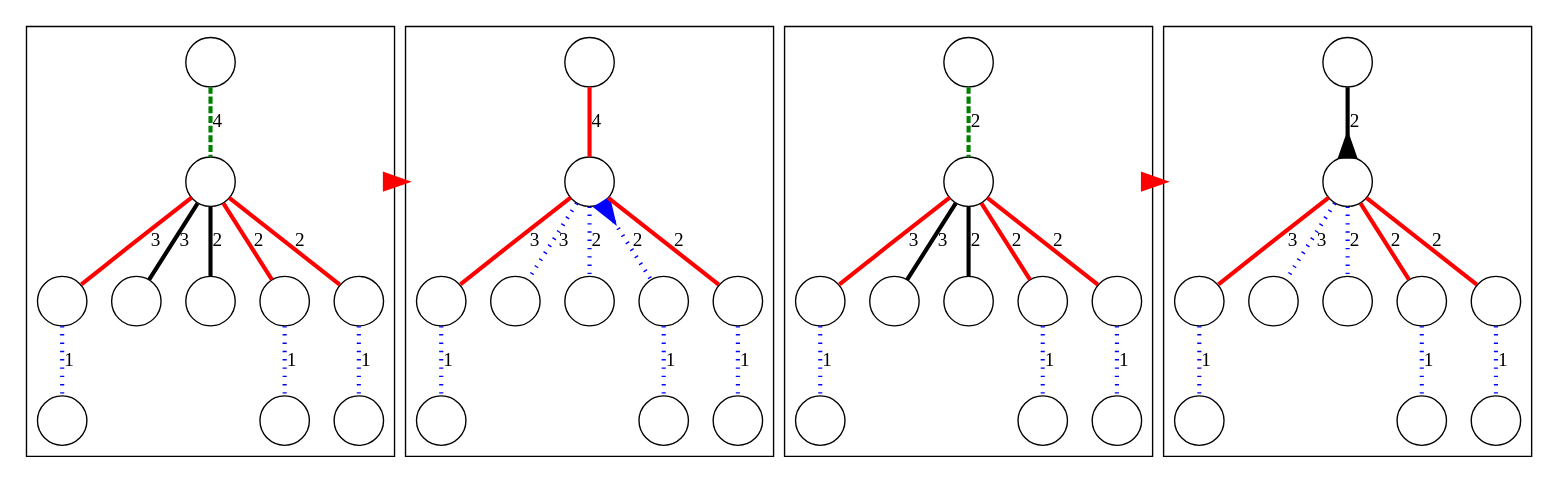
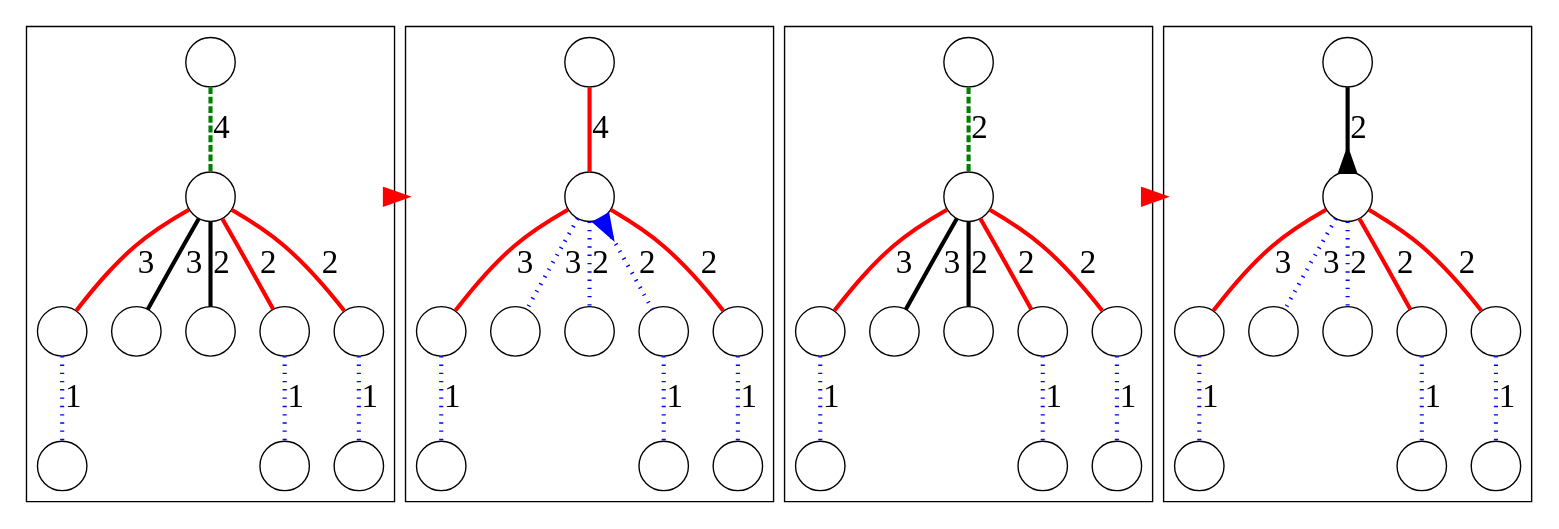
Before and after one commit to sgolodetz/waterfallpaper: the diagram in graphs/cases.gv, drawn with Graphviz. The commit also changed 2 other files, not shown here.

Commit message:
Tidy up Figure 9.

```diff
--- a/graphs/cases.gv
+++ b/graphs/cases.gv
@@ -1,62 +1,62 @@
 digraph
 {
 	compound = true;
 	node [shape=circle, label=""];
-	edge [dir=both, arrowtail=none, arrowhead=none, penwidth=3, arrowsize=1.5];
+	edge [dir=both, arrowtail=none, arrowhead=none, penwidth=3, arrowsize=1.5, fontsize=24];
 
 	subgraph cluster1before
 	{
 		n1g -> n1p [label=4, color=green, penwidth=3, style=dashed];
 		n1p -> n1c0 [label=3, color=red];
 		n1p -> n1c1 [label=3];
 		n1p -> n1c2 [label=2];
 		n1p -> n1c3 [label=2, color=red];
 		n1p -> n1c4 [label=2, color=red];
 		n1c0 -> n1d0 [label=1, color=blue, style=dotted];
 		n1c3 -> n1d3 [label=1, color=blue, style=dotted];
 		n1c4 -> n1d4 [label=1, color=blue, style=dotted];
 	}
 
 	subgraph cluster1after
 	{
 		n1g_ -> n1p_ [label=4, color=red, penwidth=3];
 		n1p_ -> n1c0_ [label=3, color=red];
 		n1p_ -> n1c1_ [label=3, color=blue, style=dotted];
 		n1p_ -> n1c2_ [label=2, color=blue, style=dotted];
 		n1p_ -> n1c3_ [label=2, color=blue, arrowtail=inv, style=dotted];
 		n1p_ -> n1c4_ [label=2, color=red];
 		n1c0_ -> n1d0_ [label=1, color=blue, style=dotted];
 		n1c3_ -> n1d3_ [label=1, color=blue, style=dotted];
 		n1c4_ -> n1d4_ [label=1, color=blue, style=dotted];
 	}
 
 	n1p -> n1p_ [arrowhead=normal, color=red, ltail=cluster1before, lhead=cluster1after, constraint=false];
 
 	subgraph cluster2before
 	{
 		n2g -> n2p [label=2, color=green, penwidth=3, style=dashed];
 		n2p -> n2c0 [label=3, color=red];
 		n2p -> n2c1 [label=3];
 		n2p -> n2c2 [label=2];
 		n2p -> n2c3 [label=2, color=red];
 		n2p -> n2c4 [label=2, color=red];
 		n2c0 -> n2d0 [label=1, color=blue, style=dotted];
 		n2c3 -> n2d3 [label=1, color=blue, style=dotted];
 		n2c4 -> n2d4 [label=1, color=blue, style=dotted];
 	}
 
 	subgraph cluster2after
 	{
 		n2g_ -> n2p_ [label=2, penwidth=3, arrowhead=inv];
 		n2p_ -> n2c0_ [label=3, color=red];
 		n2p_ -> n2c1_ [label=3, color=blue, style=dotted];
 		n2p_ -> n2c2_ [label=2, color=blue, style=dotted];
 		n2p_ -> n2c3_ [label=2, color=red];
 		n2p_ -> n2c4_ [label=2, color=red];
 		n2c0_ -> n2d0_ [label=1, color=blue, style=dotted];
 		n2c3_ -> n2d3_ [label=1, color=blue, style=dotted];
 		n2c4_ -> n2d4_ [label=1, color=blue, style=dotted];
 	}
 
 	n2p -> n2p_ [arrowhead=normal, color=red, ltail=cluster2before, lhead=cluster2after, constraint=false];
 }
```
